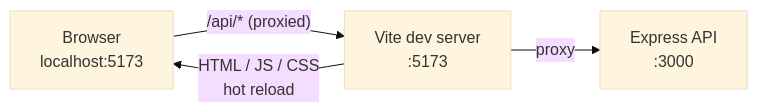
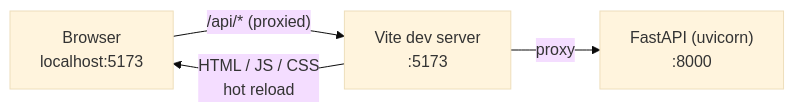
One commit to dannyyampik/learnig_app_se changed the second of 5 diagrams in DESIGN.md. Above: the diagram before and after it, drawn with Mermaid (base theme). The commit also changed other lines of this file, not shown here.

First line of the commit message:
Switch backend design to Python + FastAPI; record review decisions

````diff
--- a/DESIGN.md
+++ b/DESIGN.md
@@ -117,6 +123,6 @@
 ```mermaid
 flowchart LR
     B["Browser<br/>localhost:5173"] -->|"/api/* (proxied)"| V["Vite dev server<br/>:5173"]
-    V -->|proxy| E["Express API<br/>:3000"]
+    V -->|proxy| E["FastAPI (uvicorn)<br/>:8000"]
     V -->|"HTML / JS / CSS<br/>hot reload"| B
 ```
````
